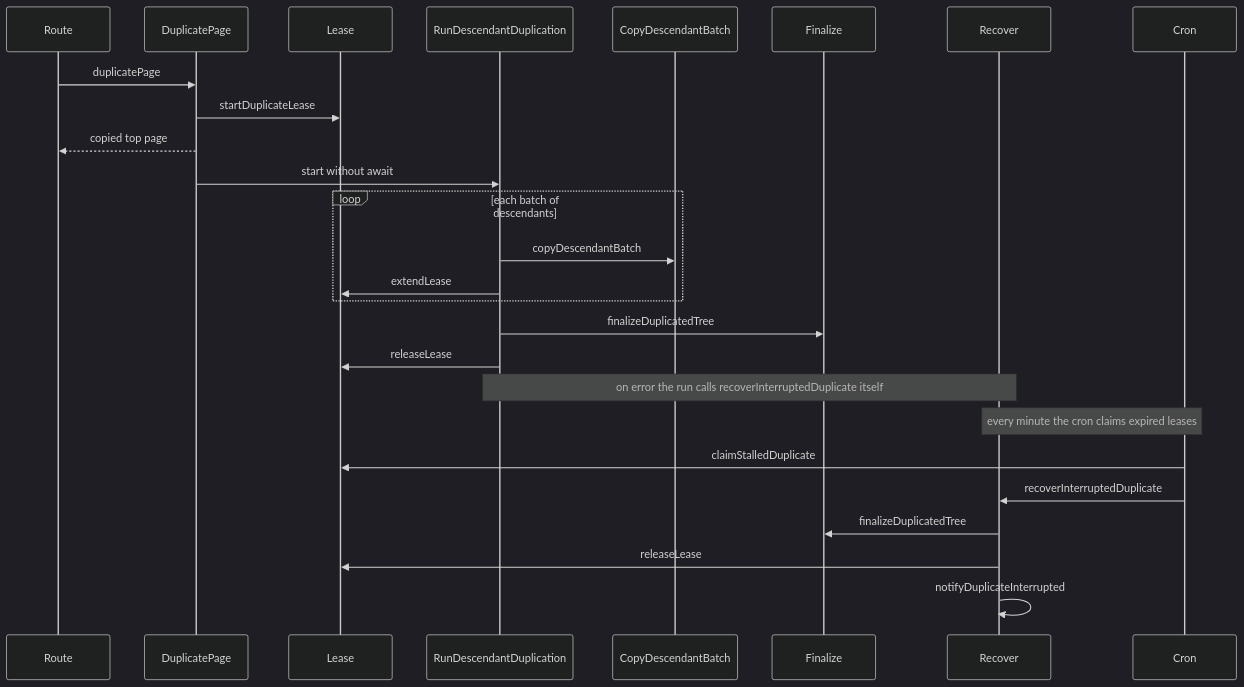
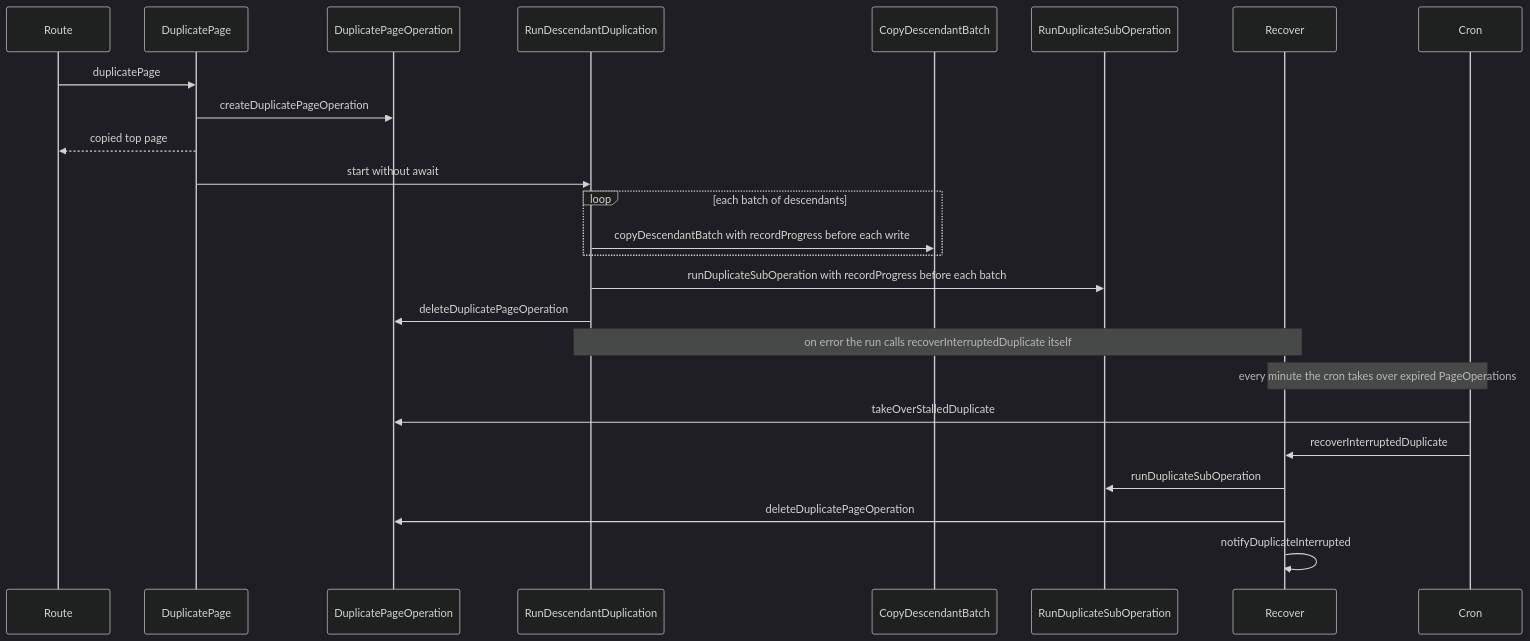
One commit to growilabs/growi changed the second of 3 diagrams in .kiro/specs/page-duplicate/design.md. Above: the diagram before and after it, drawn with Mermaid (dark theme). The commit also changed other lines of this file and 2 other files, not shown here.

Commit message:
docs(spec): page-duplicate design — address design review, align terms with PageOperation

````diff
--- a/.kiro/specs/page-duplicate/design.md
+++ b/.kiro/specs/page-duplicate/design.md
@@ -166,28 +201,27 @@
 ```mermaid
 sequenceDiagram
     participant Route
     participant DuplicatePage
-    participant Lease
+    participant DupPageOp as DuplicatePageOperation
     participant Run as RunDescendantDuplication
     participant Batch as CopyDescendantBatch
-    participant Finalize
+    participant SubOp as RunDuplicateSubOperation
     participant Recover
     participant Cron
     Route->>DuplicatePage: duplicatePage
-    DuplicatePage->>Lease: startDuplicateLease
+    DuplicatePage->>DupPageOp: createDuplicatePageOperation
     DuplicatePage-->>Route: copied top page
     DuplicatePage->>Run: start without await
     loop each batch of descendants
-        Run->>Batch: copyDescendantBatch
-        Run->>Lease: extendLease
+        Run->>Batch: copyDescendantBatch with recordProgress before each write
     end
-    Run->>Finalize: finalizeDuplicatedTree
-    Run->>Lease: releaseLease
+    Run->>SubOp: runDuplicateSubOperation with recordProgress before each batch
+    Run->>DupPageOp: deleteDuplicatePageOperation
     Note over Run,Recover: on error the run calls recoverInterruptedDuplicate itself
-    Note over Cron,Recover: every minute the cron claims expired leases
-    Cron->>Lease: claimStalledDuplicate
+    Note over Cron,Recover: every minute the cron takes over expired PageOperations
+    Cron->>DupPageOp: takeOverStalledDuplicate
     Cron->>Recover: recoverInterruptedDuplicate
-    Recover->>Finalize: finalizeDuplicatedTree
-    Recover->>Lease: releaseLease
+    Recover->>SubOp: runDuplicateSubOperation
+    Recover->>DupPageOp: deleteDuplicatePageOperation
     Recover->>Recover: notifyDuplicateInterrupted
 ```
````
